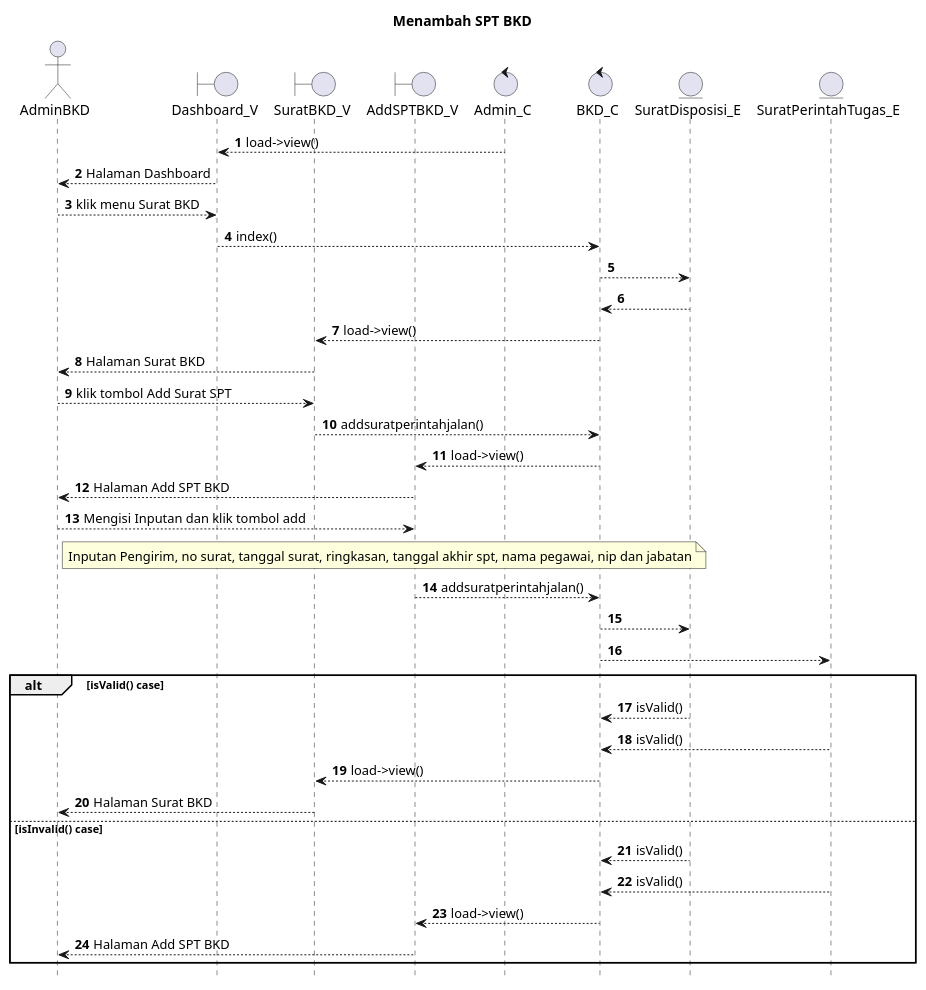
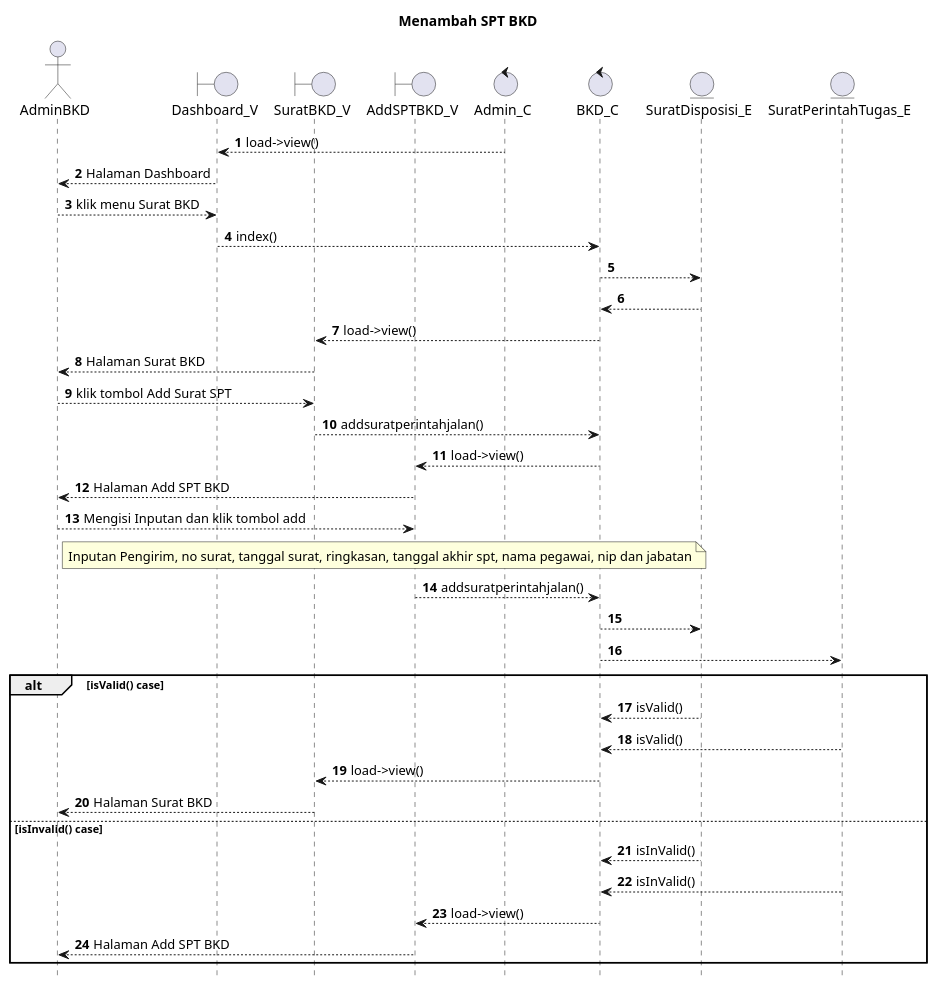
One commit to kurniado729/sistem_kp changed the diagram in SELAIN SISTEM/UML/SEQUENCE/bkd/addSPTBKD.puml. Above: the diagram before and after it, drawn with PlantUML. The commit also changed 59 other files, not shown here.

```diff
--- a/SELAIN SISTEM/UML/SEQUENCE/bkd/addSPTBKD.puml
+++ b/SELAIN SISTEM/UML/SEQUENCE/bkd/addSPTBKD.puml
@@ -1,54 +1,54 @@
 @startuml
 
 autonumber
 hide footbox
 title Menambah SPT BKD
 
 Actor AdminBKD
 boundary Dashboard_V
 boundary SuratBKD_V
 boundary AddSPTBKD_V
 control Admin_C
 control BKD_C
 Entity SuratDisposisi_E
 Entity SuratPerintahTugas_E
 
 Admin_C --> Dashboard_V: load->view()
 Dashboard_V --> AdminBKD: Halaman Dashboard
 AdminBKD --> Dashboard_V: klik menu Surat BKD
 Dashboard_V --> BKD_C: index()
 BKD_C --> SuratDisposisi_E:
     
     SuratDisposisi_E --> BKD_C:
     BKD_C --> SuratBKD_V: load->view()
     SuratBKD_V --> AdminBKD: Halaman Surat BKD
 
 AdminBKD --> SuratBKD_V: klik tombol Add Surat SPT
 SuratBKD_V --> BKD_C: addsuratperintahjalan()
 BKD_C --> AddSPTBKD_V: load->view()
 AddSPTBKD_V --> AdminBKD: Halaman Add SPT BKD
 
 AdminBKD --> AddSPTBKD_V: Mengisi Inputan dan klik tombol add
     note right of AdminBKD
         Inputan Pengirim, no surat, tanggal surat, ringkasan, tanggal akhir spt, nama pegawai, nip dan jabatan
             end note
 AddSPTBKD_V --> BKD_C: addsuratperintahjalan()
 BKD_C --> SuratDisposisi_E:
 BKD_C --> SuratPerintahTugas_E:
 
 alt isValid() case
     
     SuratDisposisi_E --> BKD_C: isValid()
     SuratPerintahTugas_E --> BKD_C: isValid()
     BKD_C --> SuratBKD_V: load->view()
     SuratBKD_V --> AdminBKD: Halaman Surat BKD
 
 else isInvalid() case
     
-    SuratDisposisi_E --> BKD_C: isValid()
-    SuratPerintahTugas_E --> BKD_C: isValid()
+    SuratDisposisi_E --> BKD_C: isInValid()
+    SuratPerintahTugas_E --> BKD_C: isInValid()
     BKD_C --> AddSPTBKD_V: load->view()
     AddSPTBKD_V --> AdminBKD: Halaman Add SPT BKD
 
 end
 @enduml
```
